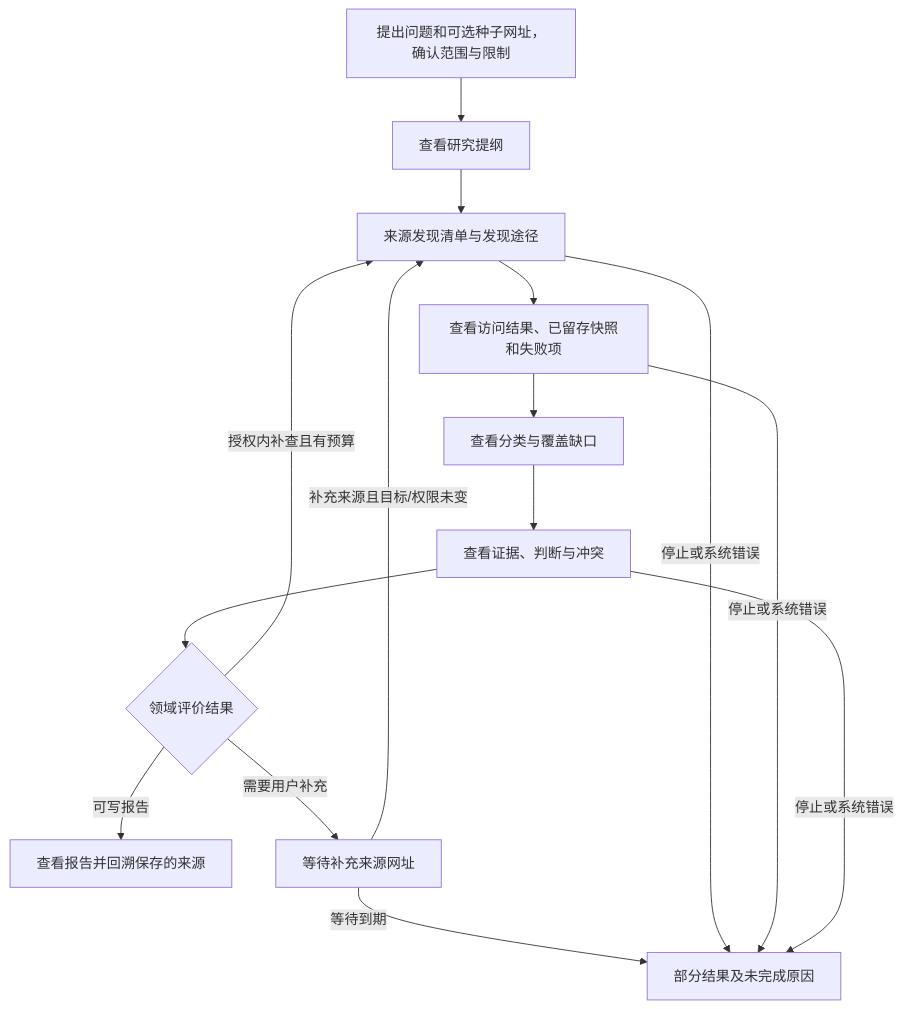
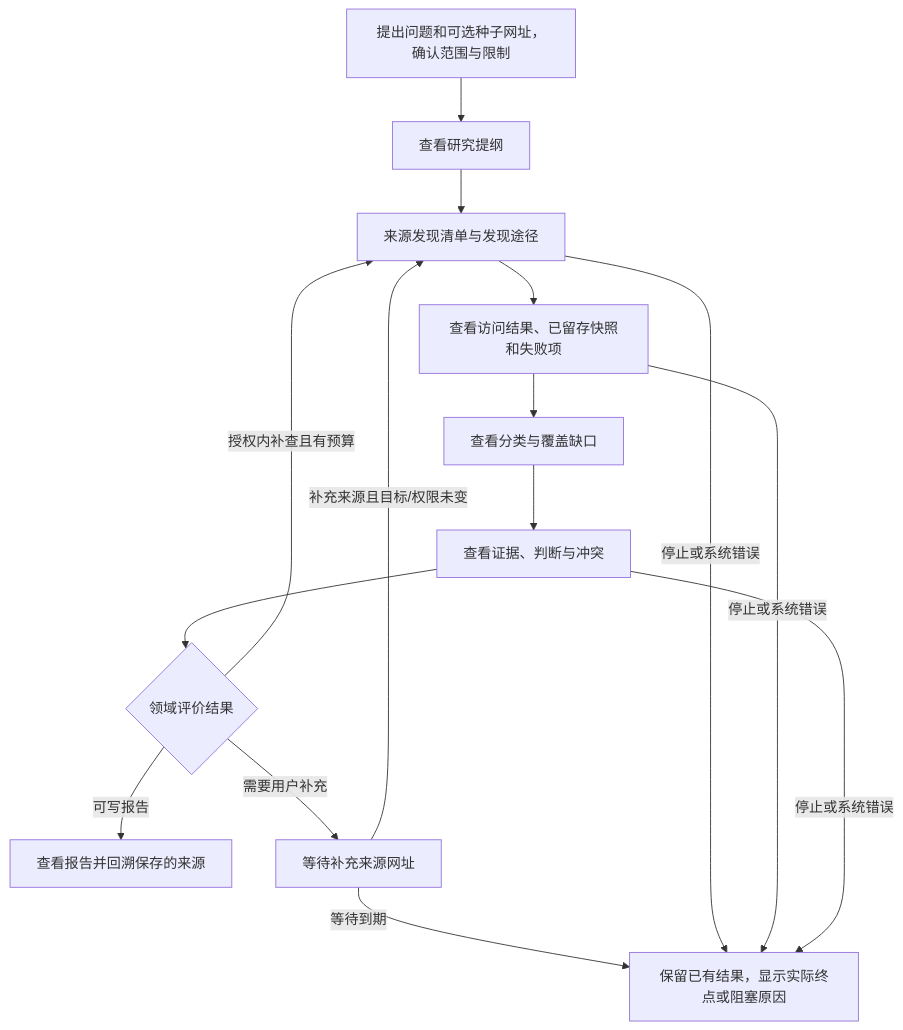
The first of 3 diagrams in docs/design/1-minimal-research-loop.md (xforce-io/inquiry), drawn with Mermaid before and after one commit. The commit also changed other lines of this file and 1 other file, not shown here.

````diff
--- a/docs/design/1-minimal-research-loop.md
+++ b/docs/design/1-minimal-research-loop.md
@@ -80,17 +90,17 @@
 ```mermaid
 flowchart TD
   A[提出问题和可选种子网址，确认范围与限制] --> B[查看研究提纲]
   B --> C[来源发现清单与发现途径]
   C --> D[查看访问结果、已留存快照和失败项]
   D --> E[查看分类与覆盖缺口]
   E --> F[查看证据、判断与冲突]
   F --> G{领域评价结果}
   G -- 可写报告 --> H[查看报告并回溯保存的来源]
   G -- 授权内补查且有预算 --> C
   G -- 需要用户补充 --> I[等待补充来源网址]
   I -- 补充来源且目标/权限未变 --> C
-  I -- 等待到期 --> J[部分结果及未完成原因]
+  I -- 等待到期 --> J[保留已有结果，显示实际终点或阻塞原因]
   C -- 停止或系统错误 --> J
   D -- 停止或系统错误 --> J
   F -- 停止或系统错误 --> J
 ```
````
